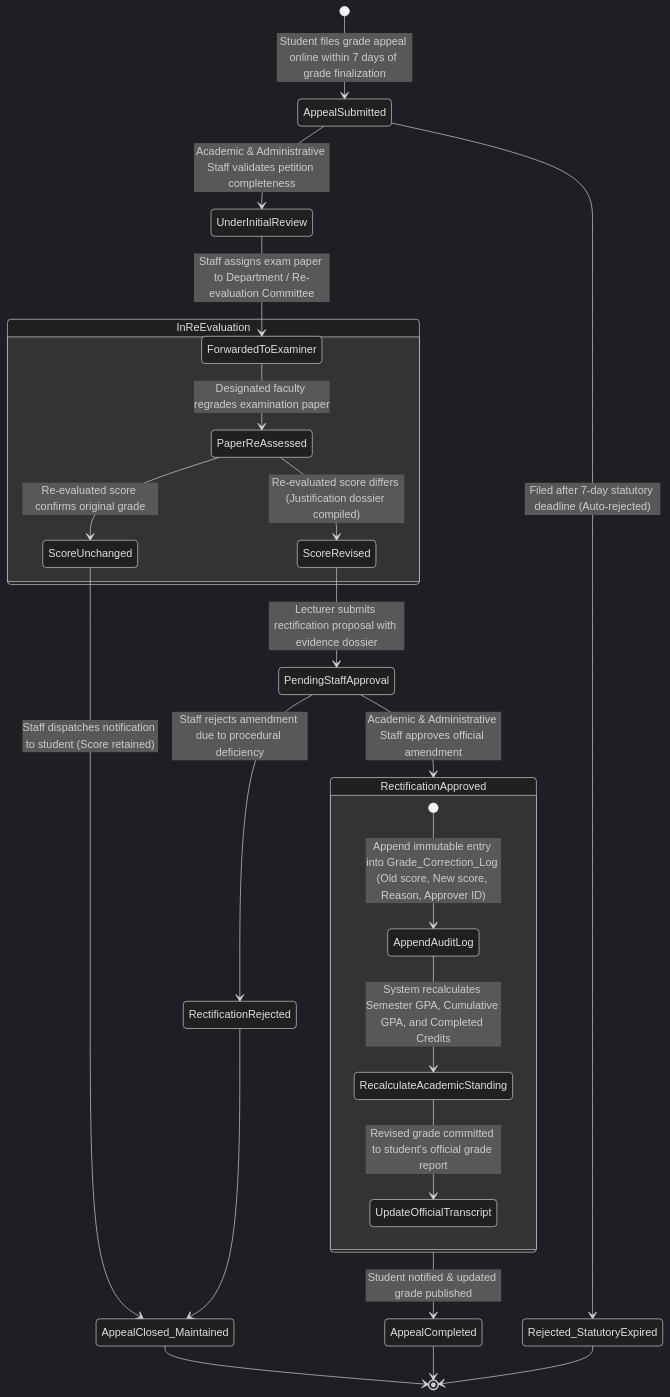
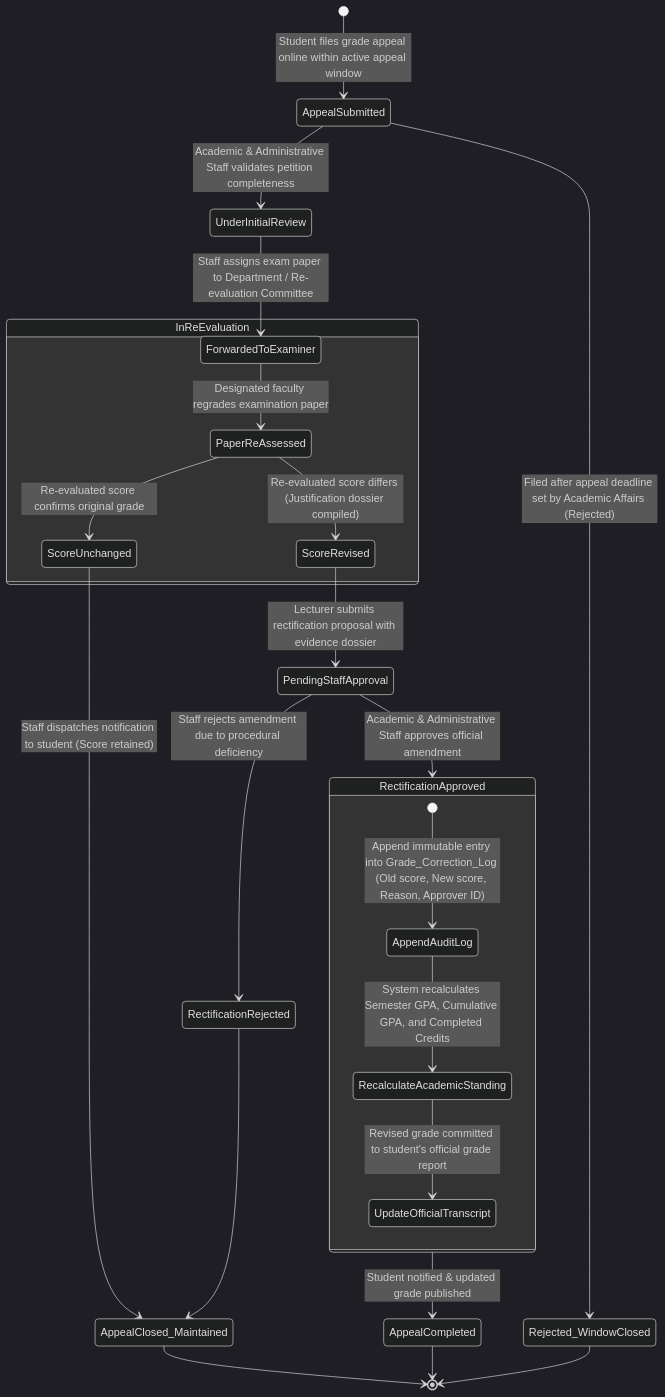
Before and after one commit to zeeptobean/introse-portal67: the eighth of 11 diagrams in docs/design/PA3_System_Design_Specification.md, drawn with Mermaid (dark theme). The commit also changed other lines of this file and 7 other files, not shown here.

Commit message:
docs(requirements): sync PA2 baseline with PA3 architecture and add section 5 deliverable

````diff
--- a/docs/design/PA3_System_Design_Specification.md
+++ b/docs/design/PA3_System_Design_Specification.md
@@ -547,33 +566,33 @@
 ```mermaid
 stateDiagram-v2
-    [*] --> AppealSubmitted : Student files grade appeal online within 7 days of grade finalization
+    [*] --> AppealSubmitted : Student files grade appeal online within active appeal window
     
-    AppealSubmitted --> Rejected_StatutoryExpired : Filed after 7-day statutory deadline (Auto-rejected)
+    AppealSubmitted --> Rejected_WindowClosed : Filed after appeal deadline set by Academic Affairs (Rejected)
     AppealSubmitted --> UnderInitialReview : Academic & Administrative Staff validates petition completeness
     
     UnderInitialReview --> ForwardedToExaminer : Staff assigns exam paper to Department / Re-evaluation Committee
     
     state InReEvaluation {
         ForwardedToExaminer --> PaperReAssessed : Designated faculty regrades examination paper
         PaperReAssessed --> ScoreUnchanged : Re-evaluated score confirms original grade
         PaperReAssessed --> ScoreRevised : Re-evaluated score differs (Justification dossier compiled)
     }
     
     ScoreUnchanged --> AppealClosed_Maintained : Staff dispatches notification to student (Score retained)
     
     ScoreRevised --> PendingStaffApproval : Lecturer submits rectification proposal with evidence dossier
     PendingStaffApproval --> RectificationApproved : Academic & Administrative Staff approves official amendment
     PendingStaffApproval --> RectificationRejected : Staff rejects amendment due to procedural deficiency
     
     state RectificationApproved {
         [*] --> AppendAuditLog : Append immutable entry into Grade_Correction_Log (Old score, New score, Reason, Approver ID)
         AppendAuditLog --> RecalculateAcademicStanding : System recalculates Semester GPA, Cumulative GPA, and Completed Credits
         RecalculateAcademicStanding --> UpdateOfficialTranscript : Revised grade committed to student's official grade report
     }
     
     RectificationApproved --> AppealCompleted : Student notified & updated grade published
     AppealClosed_Maintained --> [*]
     AppealCompleted --> [*]
-    Rejected_StatutoryExpired --> [*]
+    Rejected_WindowClosed --> [*]
     RectificationRejected --> AppealClosed_Maintained
 ```
````
